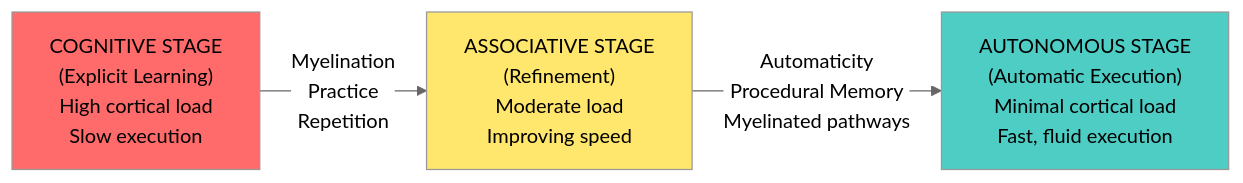
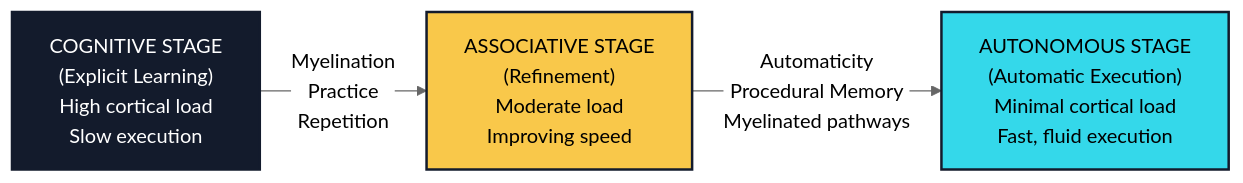
The fifth of 11 diagrams in docs/elevation-grid/elevation-grid-visualizations.md (Feirbrand/synoeticos-public), drawn with Mermaid (neutral theme) before and after one commit. The commit also changed other lines of this file and 8 other files, not shown here.

````diff
--- a/docs/elevation-grid/elevation-grid-visualizations.md
+++ b/docs/elevation-grid/elevation-grid-visualizations.md
@@ -111,10 +124,10 @@
 ```{mermaid}
 graph LR
     A["COGNITIVE STAGE<br/>(Explicit Learning)<br/>High cortical load<br/>Slow execution"] -->|"Myelination<br/>Practice<br/>Repetition"| B["ASSOCIATIVE STAGE<br/>(Refinement)<br/>Moderate load<br/>Improving speed"]
     
     B -->|"Automaticity<br/>Procedural Memory<br/>Myelinated pathways"| C["AUTONOMOUS STAGE<br/>(Automatic Execution)<br/>Minimal cortical load<br/>Fast, fluid execution"]
     
-    style A fill:#ff6b6b
-    style B fill:#ffe66d
-    style C fill:#4ecdc4
+    style A fill:#131B2C,stroke:#131B2C,stroke-width:2px,color:#fff
+    style B fill:#F9C84A,stroke:#131B2C,stroke-width:2px,color:#000
+    style C fill:#34D8EA,stroke:#131B2C,stroke-width:2px,color:#000
 ```
````
